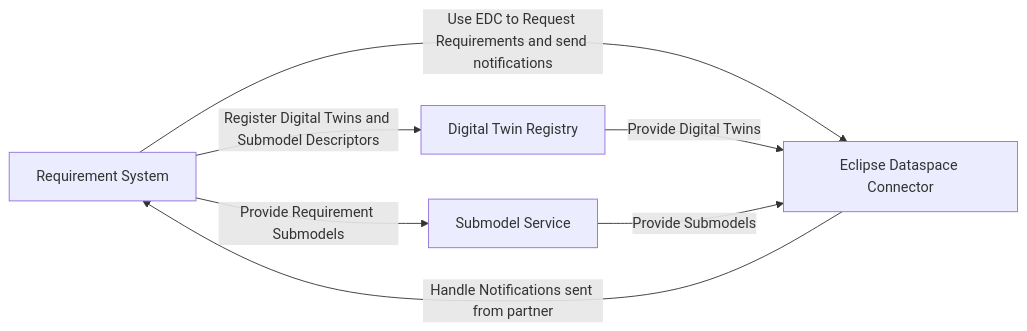
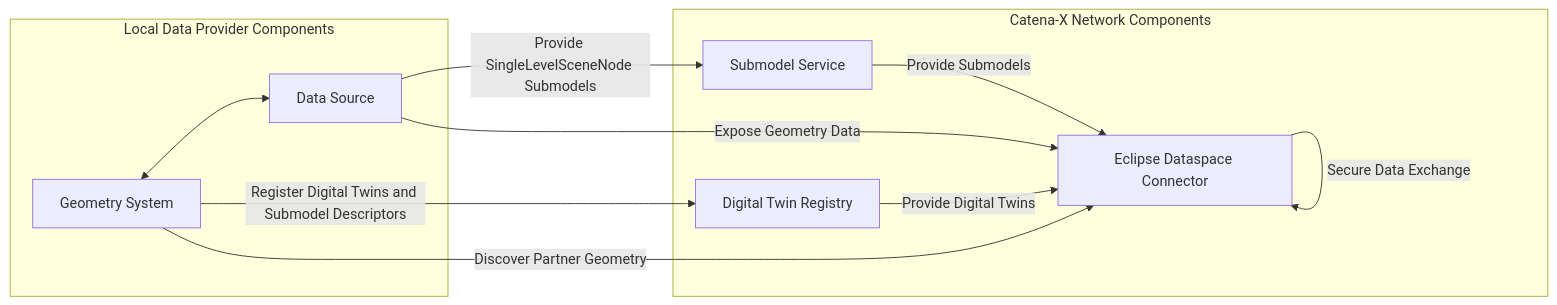
The first of 2 diagrams in docs-kits/kits/geometry-kit/software-development-view.md (MartinEnders/eclipse-tractusx.github.io), drawn with Mermaid before and after one commit. The commit also changed other lines of this file, not shown here.

Commit message:
added: add geometry content to the development view

````diff
--- a/docs-kits/kits/geometry-kit/software-development-view.md
+++ b/docs-kits/kits/geometry-kit/software-development-view.md
@@ -61,16 +64,27 @@
 ```mermaid
 flowchart LR
 
-reqSysC[Requirement System]
-dtrC[Digital Twin Registry]
-submodelC[Submodel Service]
-edcC[Eclipse Dataspace Connector]
+subgraph Local["Local Data Provider Components"]
+    geoSysC[Geometry System]
+    dataSrcC[Data Source]
+    geoSysC <--> dataSrcC
+end
 
-reqSysC -- Register Digital Twins and Submodel Descriptors --> dtrC
-reqSysC -- Provide Requirement Submodels --> submodelC
-reqSysC -- Use EDC to Request Requirements and send notifications --> edcC
-edcC -- Handle Notifications sent from partner --> reqSysC
+subgraph CatenaX["Catena-X Network Components"]
+    dtrC[Digital Twin Registry]
+    submodelC[Submodel Service]
+    edcC[Eclipse Dataspace Connector]
+end
+
+%% Local system interactions
+geoSysC -- Register Digital Twins and Submodel Descriptors --> dtrC
+dataSrcC -- Provide SingleLevelSceneNode Submodels --> submodelC
+dataSrcC -- Expose Geometry Data --> edcC
+geoSysC -- Discover Partner Geometry --> edcC
+
+%% Catena-X network interactions
 dtrC -- Provide Digital Twins --> edcC
 submodelC -- Provide Submodels --> edcC
+edcC -- Secure Data Exchange --> edcC
 
 ```
````
